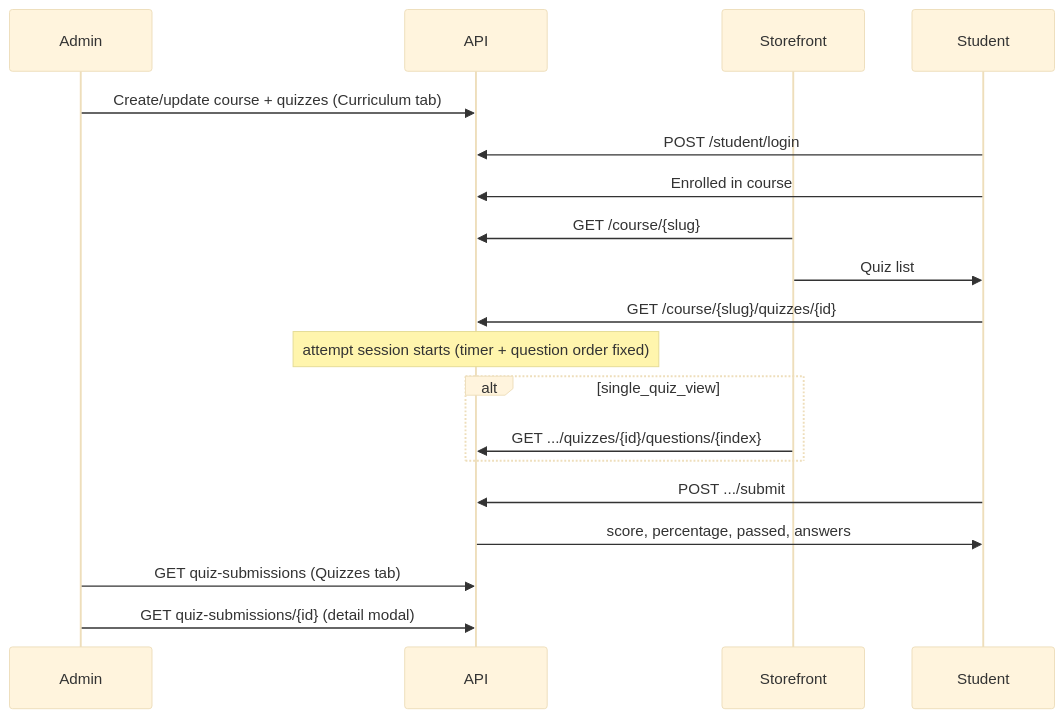
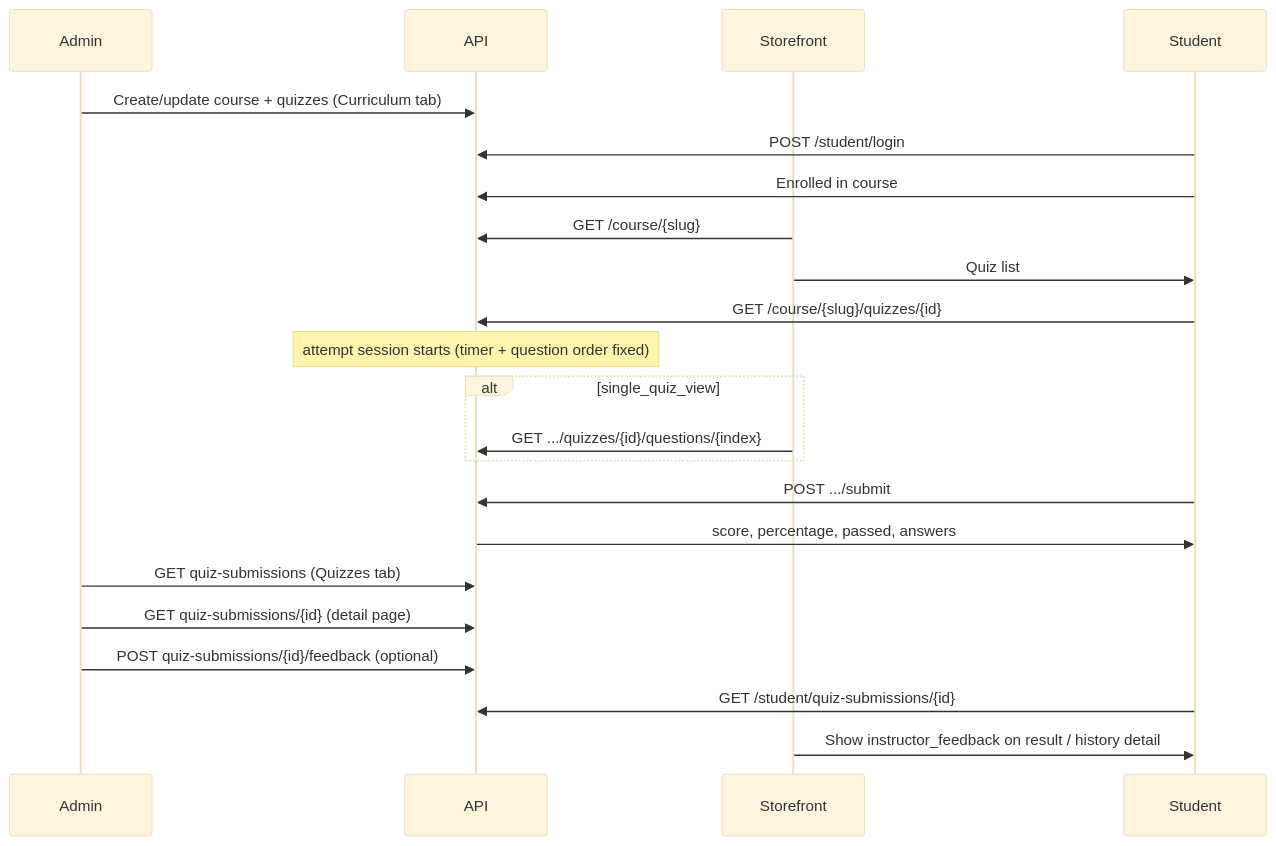
Before and after one commit to faisalbhxyz/lurnic-monorepo-vercel: the diagram in docs/QUIZ_STOREFRONT_API.md, drawn with Mermaid (base theme). The commit also changed other lines of this file and 59 other files, not shown here.

First line of the commit message:
Add quiz question cards, currency settings, and storefront API hardening.

````diff
--- a/docs/QUIZ_STOREFRONT_API.md
+++ b/docs/QUIZ_STOREFRONT_API.md
@@ -33,22 +37,25 @@
 ```mermaid
 sequenceDiagram
   participant Admin
   participant API
   participant Storefront
   participant Student
 
   Admin->>API: Create/update course + quizzes (Curriculum tab)
   Student->>API: POST /student/login
   Student->>API: Enrolled in course
   Storefront->>API: GET /course/{slug}
   Storefront->>Student: Quiz list
   Student->>API: GET /course/{slug}/quizzes/{id}
   Note over API: attempt session starts (timer + question order fixed)
   alt single_quiz_view
     Storefront->>API: GET .../quizzes/{id}/questions/{index}
   end
   Student->>API: POST .../submit
   API->>Student: score, percentage, passed, answers
   Admin->>API: GET quiz-submissions (Quizzes tab)
-  Admin->>API: GET quiz-submissions/{id} (detail modal)
+  Admin->>API: GET quiz-submissions/{id} (detail page)
+  Admin->>API: POST quiz-submissions/{id}/feedback (optional)
+  Student->>API: GET /student/quiz-submissions/{id}
+  Storefront->>Student: Show instructor_feedback on result / history detail
 ```
````
